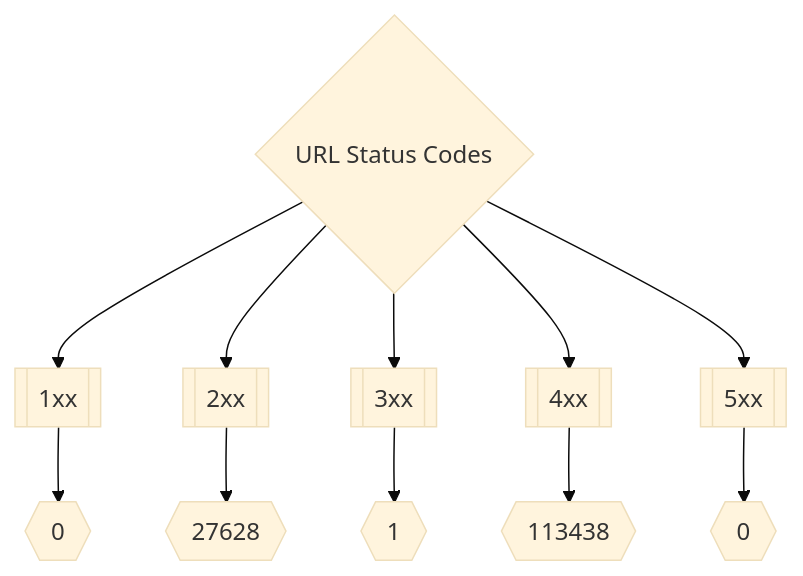
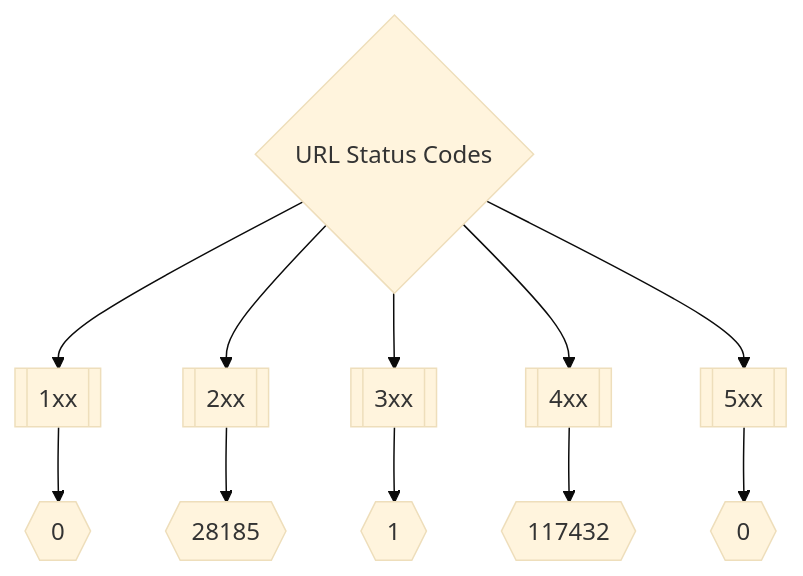
Before and after one commit to trickest/inventory: the second of 3 diagrams in README.md, drawn with Mermaid (base theme). The commit also changed other lines of this file and 109 other files, not shown here.

````diff
--- a/README.md
+++ b/README.md
@@ -173,8 +173,8 @@
 ```mermaid
 graph TD
 title{URL Status Codes} --> 1xx[[1xx]] --> status1xxNum{{0}}
-title --> 2xx[[2xx]] --> status2xxNum{{27628}}
+title --> 2xx[[2xx]] --> status2xxNum{{28185}}
 title --> 3xx[[3xx]] --> status3xxNum{{1}}
-title --> 4xx[[4xx]] --> status4xxNum{{113438}}
+title --> 4xx[[4xx]] --> status4xxNum{{117432}}
 title --> 5xx[[5xx]] --> status5xxNum{{0}}
 ```
````
